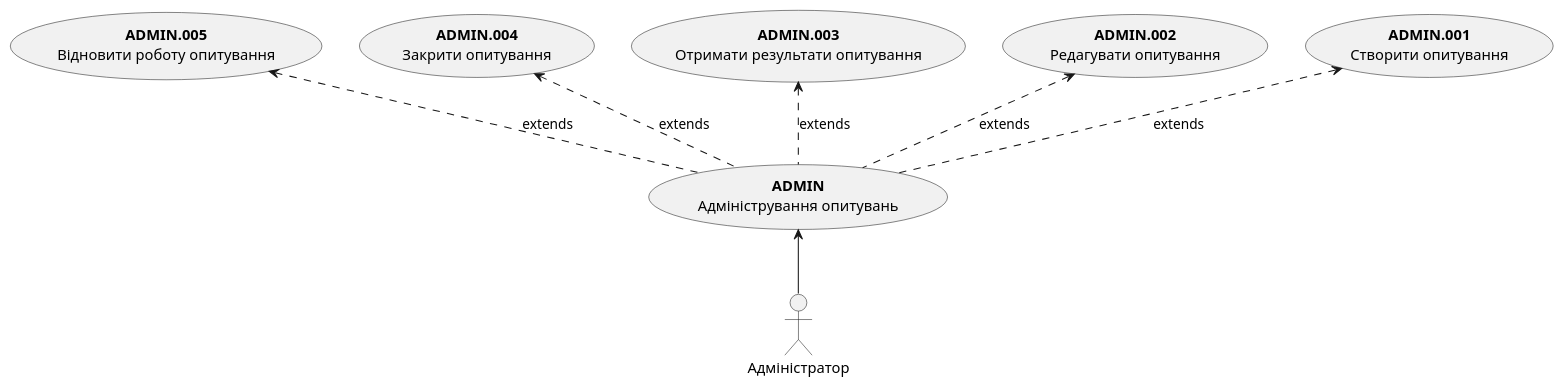
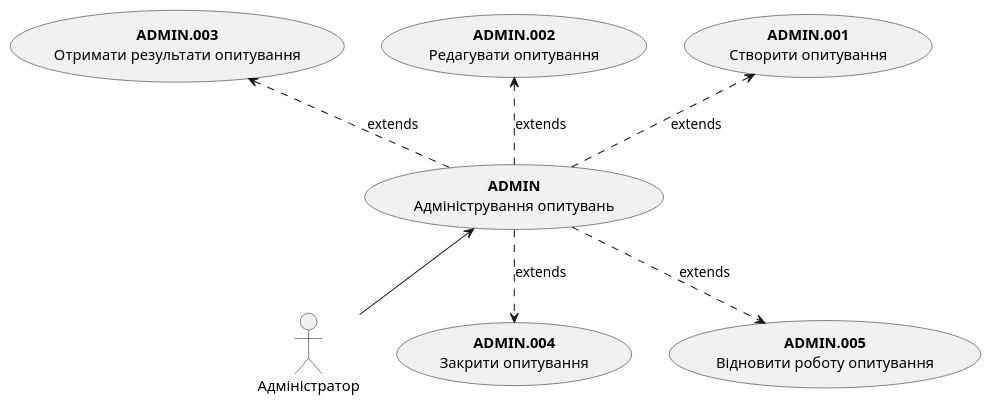
One commit to bochka123/bobryataStars changed the fourth of 28 diagrams in docs/use cases/README.md. Above: the diagram before and after it, drawn with PlantUML.

Commit message:
I HATE THIS UMLS

```diff
--- a/docs/use cases/README.md
+++ b/docs/use cases/README.md
@@ -94,20 +94,20 @@
-    @startuml
-        actor "Адміністратор" as Admin
+@startuml
+    actor Адміністратор
 
-        usecase "**ADMIN**\nАдміністрування опитувань" as AD
+    usecase "**ADMIN**\nАдміністрування опитувань" as AD
 
-        Admin -u-> AD
+    Адміністратор -u-> AD
 
 
-        usecase "**ADMIN.001**\nСтворити опитування" as AD1
-        usecase "**ADMIN.002**\nРедагувати опитування" as AD2
-        usecase "**ADMIN.003**\nОтримати результати опитування" as AD3
-        usecase "**ADMIN.004**\nЗакрити опитування" as AD4
-        usecase "**ADMIN.005**\nВідновити роботу опитування" as AD5
+    usecase "**ADMIN.001**\nСтворити опитування" as AD1
+    usecase "**ADMIN.002**\nРедагувати опитування" as AD2
+    usecase "**ADMIN.003**\nОтримати результати опитування" as AD3
+    usecase "**ADMIN.004**\nЗакрити опитування" as AD4
+    usecase "**ADMIN.005**\nВідновити роботу опитування" as AD5
 
-        AD .u.> AD1: extends
-        AD .u.> AD2: extends
-        AD .u.> AD3: extends
-        AD .u.> AD4: extends
-        AD .u.> AD5: extends
-    @enduml
+    AD .u.> AD1: extends
+    AD .u.> AD2: extends
+    AD .u.> AD3: extends
+    AD .d.> AD4: extends
+    AD .d.> AD5: extends
+@enduml
```
